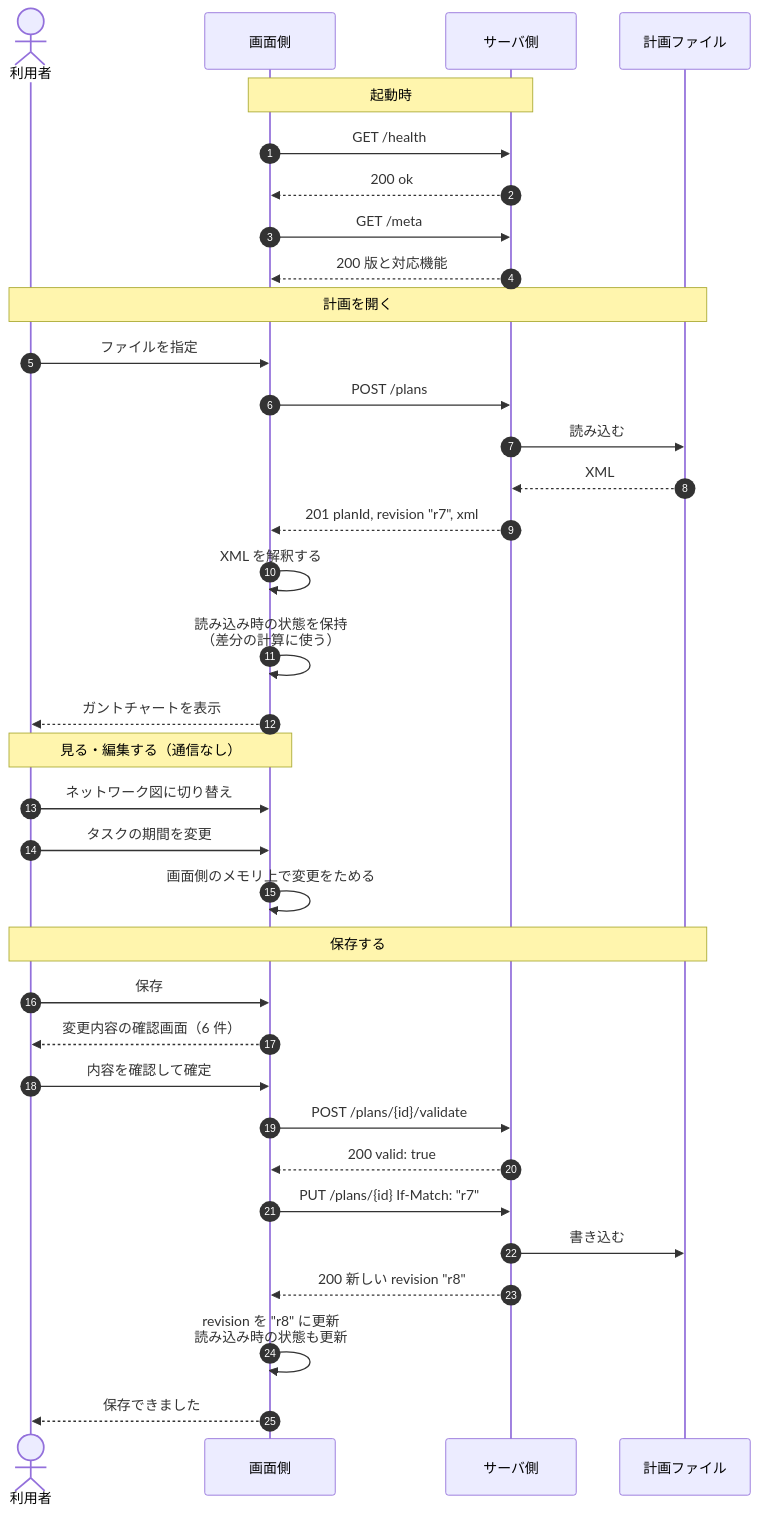
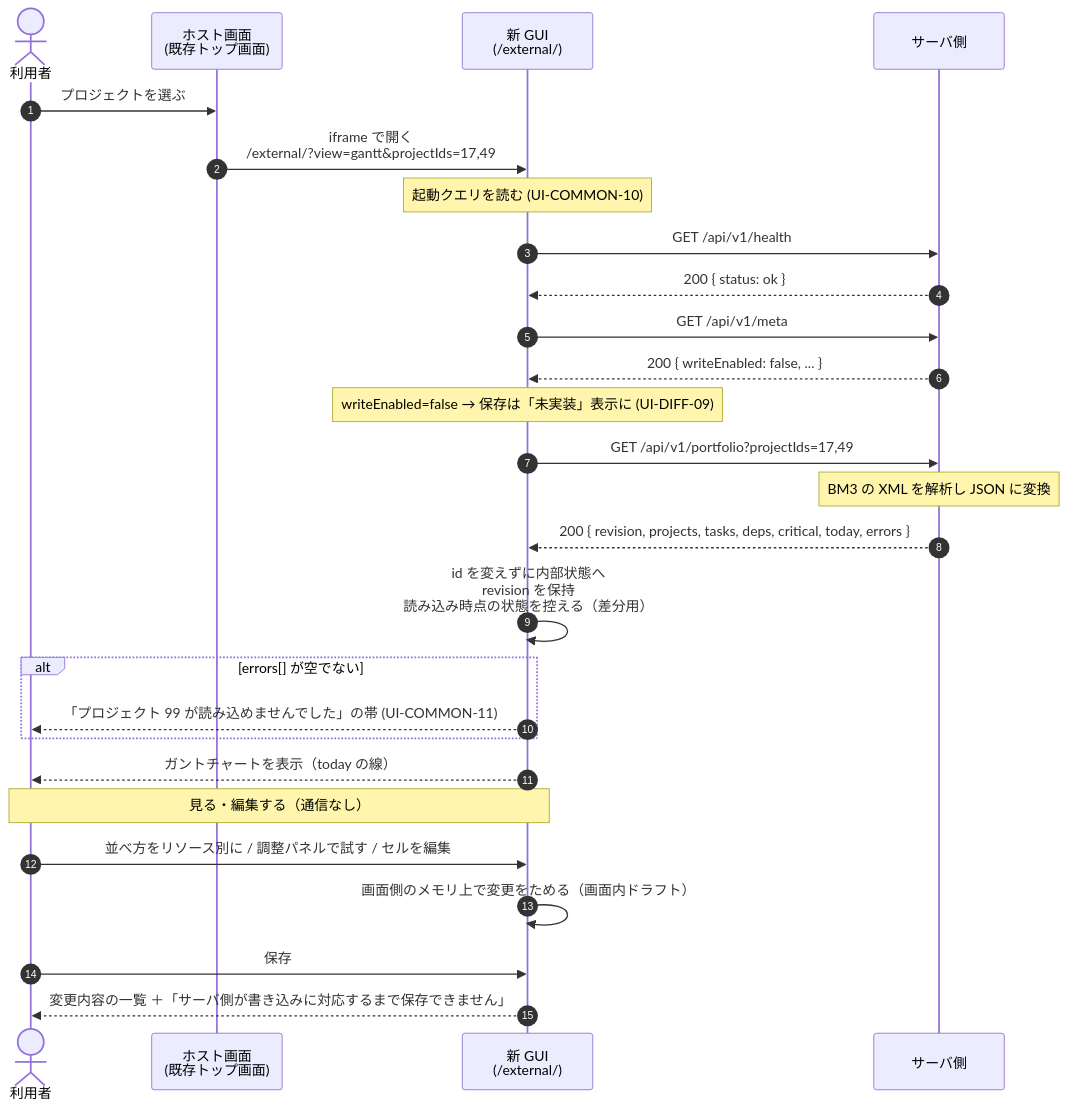
Before and after one commit to chidiremen/ccpm-update-support: the first of 4 diagrams in docs/interface/23-sequences.md, drawn with Mermaid. The commit also changed other lines of this file and 23 other files, not shown here.

````diff
--- a/docs/interface/23-sequences.md
+++ b/docs/interface/23-sequences.md
@@ -12,42 +15,35 @@
 ```mermaid
 sequenceDiagram
     autonumber
     actor U as 利用者
-    participant F as 画面側
+    participant H as ホスト画面<br/>(既存トップ画面)
+    participant F as 新 GUI<br/>(/external/)
     participant S as サーバ側
-    participant X as 計画ファイル
 
-    Note over F,S: 起動時
-    F->>S: GET /health
-    S-->>F: 200 ok
-    F->>S: GET /meta
-    S-->>F: 200 版と対応機能
+    U->>H: プロジェクトを選ぶ
+    H->>F: iframe で開く<br/>/external/?view=gantt&projectIds=17,49
+    Note over F: 起動クエリを読む (UI-COMMON-10)
 
-    Note over U,X: 計画を開く
-    U->>F: ファイルを指定
-    F->>S: POST /plans
-    S->>X: 読み込む
-    X-->>S: XML
-    S-->>F: 201 planId, revision "r7", xml
+    F->>S: GET /api/v1/health
+    S-->>F: 200 { status: ok }
+    F->>S: GET /api/v1/meta
+    S-->>F: 200 { writeEnabled: false, ... }
+    Note over F: writeEnabled=false → 保存は「未実装」表示に (UI-DIFF-09)
 
-    F->>F: XML を解釈する
-    F->>F: 読み込み時の状態を保持<br/>（差分の計算に使う）
-    F-->>U: ガントチャートを表示
+    F->>S: GET /api/v1/portfolio?projectIds=17,49
+    Note over S: BM3 の XML を解析し JSON に変換
+    S-->>F: 200 { revision, projects, tasks, deps, critical, today, errors }
+
+    F->>F: id を変えずに内部状態へ<br/>revision を保持<br/>読み込み時点の状態を控える（差分用）
+    alt errors[] が空でない
+        F-->>U: 「プロジェクト 99 が読み込めませんでした」の帯 (UI-COMMON-11)
+    end
+    F-->>U: ガントチャートを表示（today の線）
 
     Note over U,F: 見る・編集する（通信なし）
-    U->>F: ネットワーク図に切り替え
-    U->>F: タスクの期間を変更
-    F->>F: 画面側のメモリ上で変更をためる
+    U->>F: 並べ方をリソース別に / 調整パネルで試す / セルを編集
+    F->>F: 画面側のメモリ上で変更をためる（画面内ドラフト）
 
-    Note over U,X: 保存する
     U->>F: 保存
-    F-->>U: 変更内容の確認画面（6 件）
-    U->>F: 内容を確認して確定
-    F->>S: POST /plans/{id}/validate
-    S-->>F: 200 valid: true
-    F->>S: PUT /plans/{id}  If-Match: "r7"
-    S->>X: 書き込む
-    S-->>F: 200 新しい revision "r8"
-    F->>F: revision を "r8" に更新<br/>読み込み時の状態も更新
-    F-->>U: 保存できました
+    F-->>U: 変更内容の一覧 ＋「サーバ側が書き込みに対応するまで保存できません」
 ```
````
